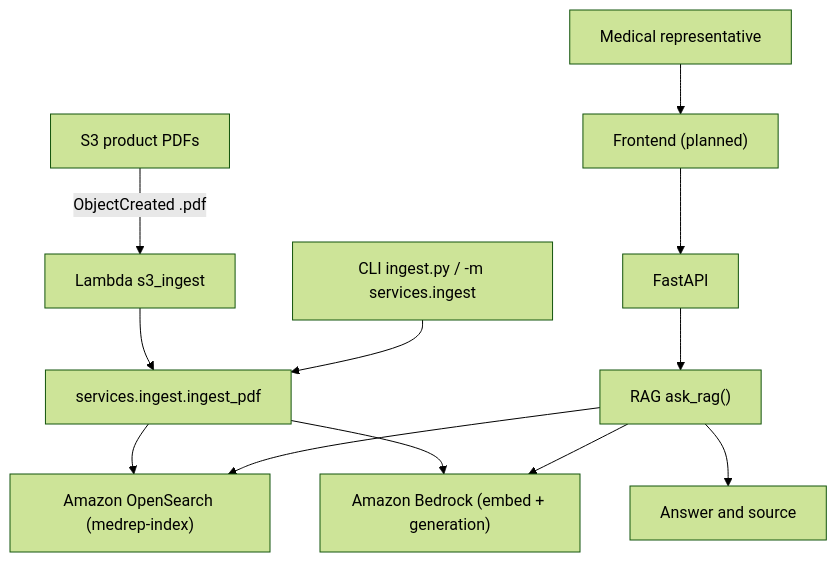
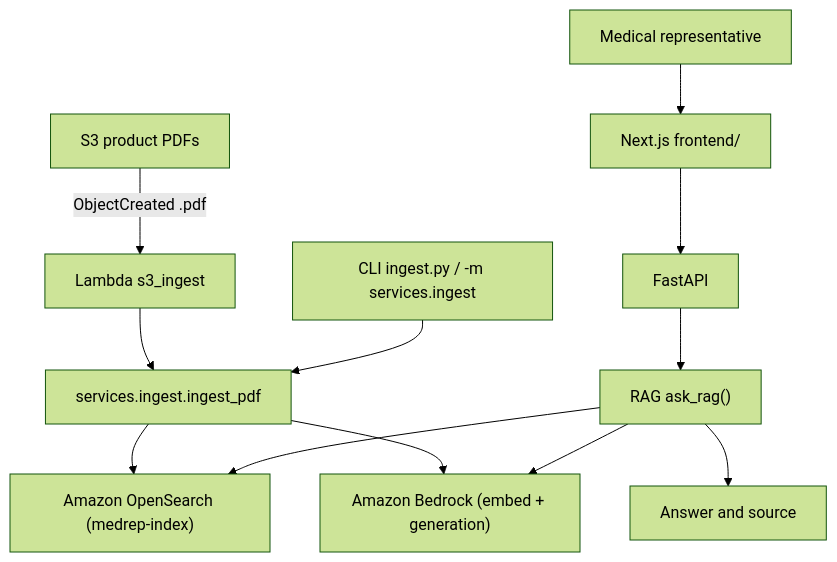
The diagram in docs/technical/architecture.md (kaushanj/medrep-ai), drawn with Mermaid (forest theme) before and after one commit. The commit also changed other lines of this file and 21 other files, not shown here.

````diff
--- a/docs/technical/architecture.md
+++ b/docs/technical/architecture.md
@@ -17,26 +17,26 @@
 ```mermaid
 flowchart TD
     s3["S3 product PDFs"]
     lambda["Lambda s3_ingest"]
     ingest["services.ingest.ingest_pdf"]
     cli["CLI ingest.py / -m services.ingest"]
     rep[Medical representative]
-    frontend["Frontend (planned)"]
+    frontend["Next.js frontend/"]
     api[FastAPI]
     rag["RAG ask_rag()"]
     opensearch["Amazon OpenSearch (medrep-index)"]
     bedrock["Amazon Bedrock (embed + generation)"]
     result[Answer and source]
 
     s3 -->|"ObjectCreated .pdf"| lambda
     lambda --> ingest
     cli --> ingest
     ingest --> opensearch
     ingest --> bedrock
     rep --> frontend
     frontend --> api
     api --> rag
     rag --> opensearch
     rag --> bedrock
     rag --> result
 ```
````
